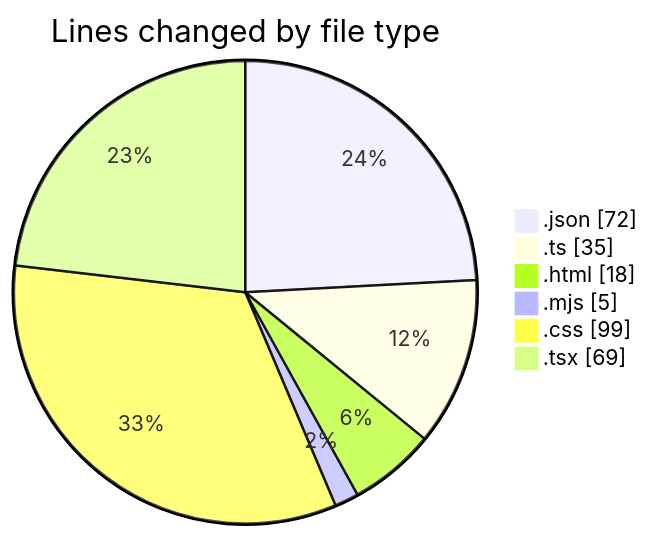
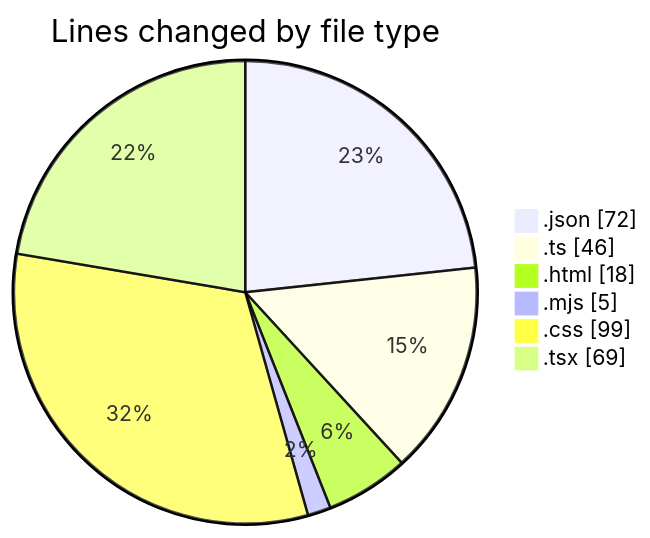
One commit to robertbonfada/code-tracking changed the first of 2 diagrams in 2025-02-26/area-formacao-web/README.md. Above: the diagram before and after it, drawn with Mermaid. The commit also changed other lines of this file and 1 other file, not shown here.

````diff
--- a/2025-02-26/area-formacao-web/README.md
+++ b/2025-02-26/area-formacao-web/README.md
@@ -29,10 +30,10 @@
 ```mermaid
 pie showData
 title Lines changed by file type
 ".json" : 72
-".ts" : 35
+".ts" : 46
 ".html" : 18
 ".mjs" : 5
 ".css" : 99
 ".tsx" : 69
 ```
````
